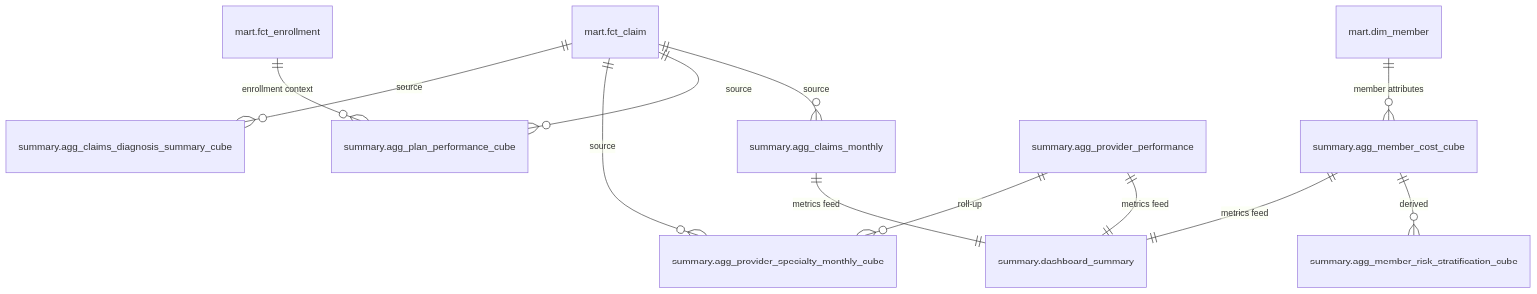
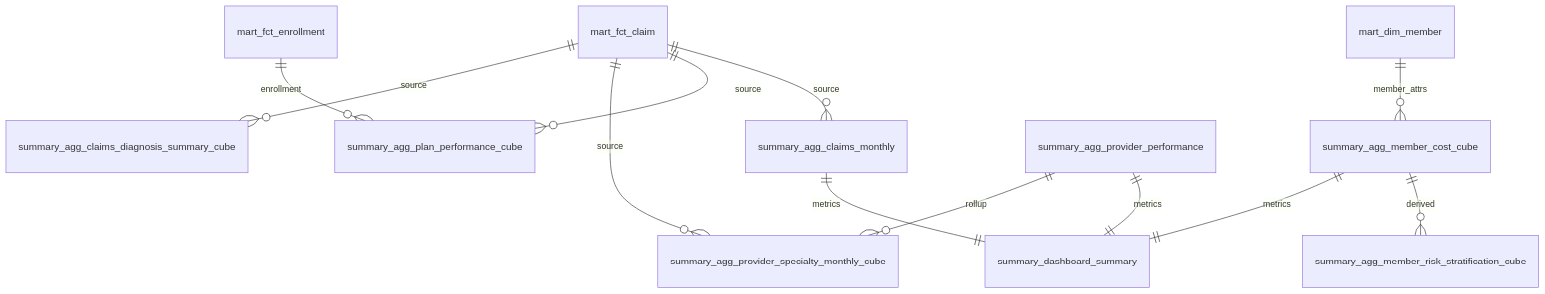
One commit to garthmortensen/aca_health changed the third of 4 diagrams in README.md. Above: the diagram before and after it, drawn with Mermaid. The commit also changed other lines of this file and 1 other file, not shown here.

Commit message:
fix(ERD): replace . with _

````diff
--- a/README.md
+++ b/README.md
@@ -125,14 +125,14 @@
 ```mermaid
 erDiagram
-    mart.fct_claim ||--o{ summary.agg_claims_monthly : "source"
-    mart.fct_claim ||--o{ summary.agg_plan_performance_cube : "source"
-    mart.fct_claim ||--o{ summary.agg_provider_specialty_monthly_cube : "source"
-    mart.fct_claim ||--o{ summary.agg_claims_diagnosis_summary_cube : "source"
-    mart.fct_enrollment ||--o{ summary.agg_plan_performance_cube : "enrollment context"
-    mart.dim_member ||--o{ summary.agg_member_cost_cube : "member attributes"
-    summary.agg_member_cost_cube ||--o{ summary.agg_member_risk_stratification_cube : "derived"
-    summary.agg_claims_monthly ||--|| summary.dashboard_summary : "metrics feed"
-    summary.agg_member_cost_cube ||--|| summary.dashboard_summary : "metrics feed"
-    summary.agg_provider_performance ||--|| summary.dashboard_summary : "metrics feed"
-    summary.agg_provider_performance ||--o{ summary.agg_provider_specialty_monthly_cube : "roll-up"
+  mart_fct_claim ||--o{ summary_agg_claims_monthly : "source"
+  mart_fct_claim ||--o{ summary_agg_plan_performance_cube : "source"
+  mart_fct_claim ||--o{ summary_agg_provider_specialty_monthly_cube : "source"
+  mart_fct_claim ||--o{ summary_agg_claims_diagnosis_summary_cube : "source"
+  mart_fct_enrollment ||--o{ summary_agg_plan_performance_cube : "enrollment"
+  mart_dim_member ||--o{ summary_agg_member_cost_cube : "member_attrs"
+  summary_agg_member_cost_cube ||--o{ summary_agg_member_risk_stratification_cube : "derived"
+  summary_agg_claims_monthly ||--|| summary_dashboard_summary : "metrics"
+  summary_agg_member_cost_cube ||--|| summary_dashboard_summary : "metrics"
+  summary_agg_provider_performance ||--|| summary_dashboard_summary : "metrics"
+  summary_agg_provider_performance ||--o{ summary_agg_provider_specialty_monthly_cube : "rollup"
 ```
````
